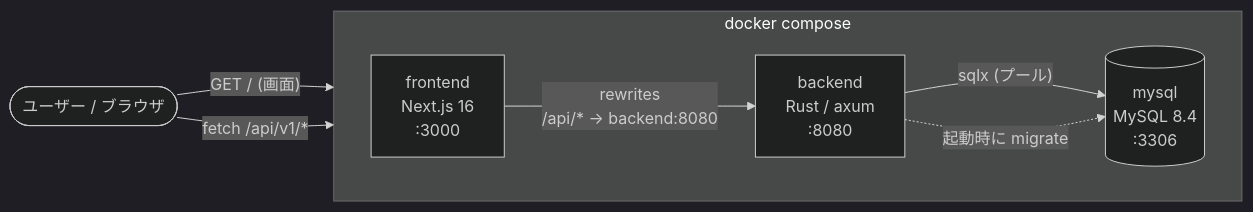
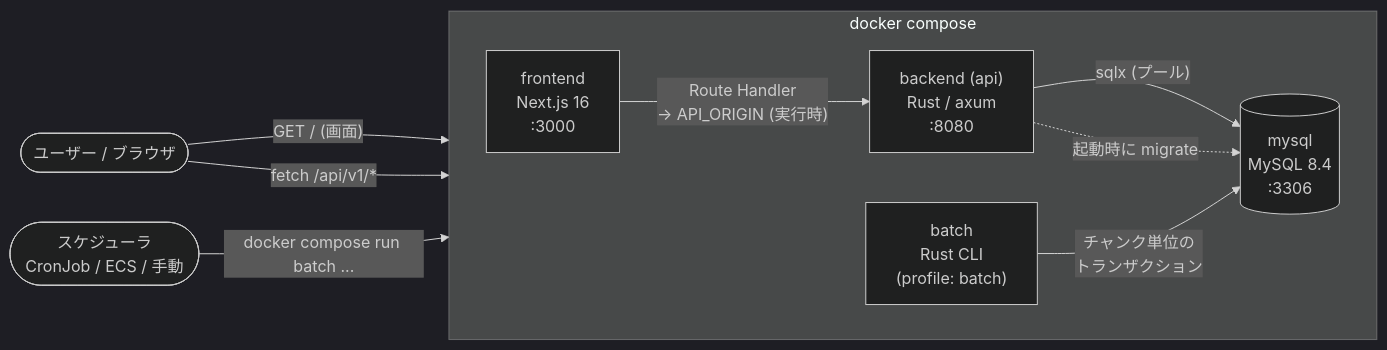
The first of 15 diagrams in README.md (ktaishi/rust-next-voiler), drawn with Mermaid (dark theme) before and after one commit. The commit also changed other lines of this file and 53 other files, not shown here.

````diff
--- a/README.md
+++ b/README.md
@@ -50,17 +62,21 @@
 ```mermaid
 flowchart LR
     U([ユーザー / ブラウザ])
+    S([スケジューラ<br/>CronJob / ECS / 手動])
 
     subgraph compose["docker compose"]
         direction LR
         FE["frontend<br/>Next.js 16<br/>:3000"]
-        BE["backend<br/>Rust / axum<br/>:8080"]
+        BE["backend (api)<br/>Rust / axum<br/>:8080"]
+        BA["batch<br/>Rust CLI<br/>(profile: batch)"]
         DB[("mysql<br/>MySQL 8.4<br/>:3306")]
     end
 
     U -- "GET / (画面)" --> FE
     U -- "fetch /api/v1/*" --> FE
-    FE -- "rewrites<br/>/api/* → backend:8080" --> BE
+    FE -- "Route Handler<br/>→ API_ORIGIN (実行時)" --> BE
     BE -- "sqlx (プール)" --> DB
     BE -. "起動時に migrate" .-> DB
+    S -- "docker compose run batch ..." --> BA
+    BA -- "チャンク単位の<br/>トランザクション" --> DB
 ```
````
